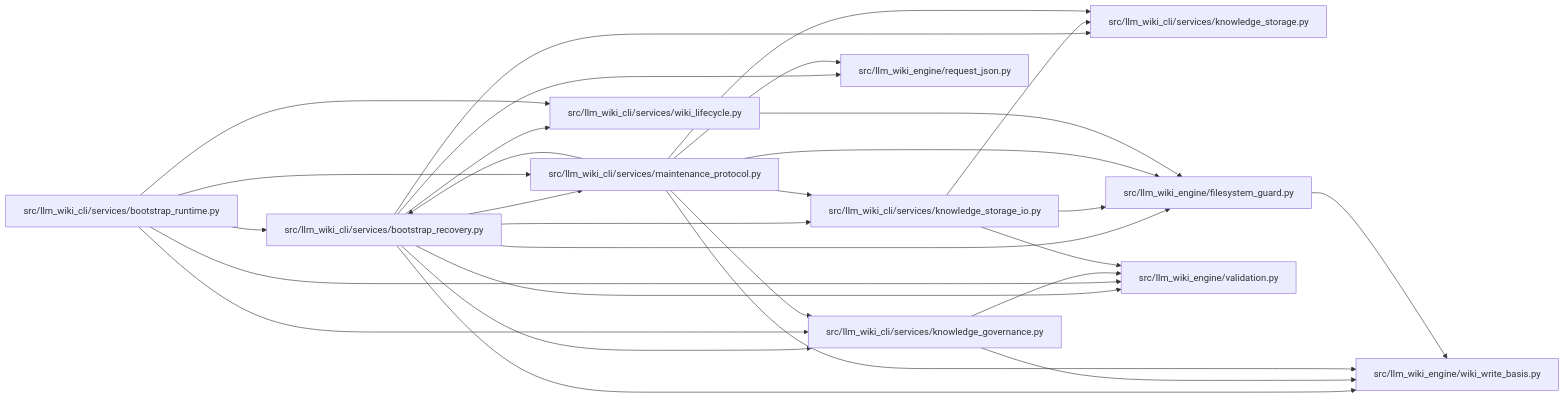
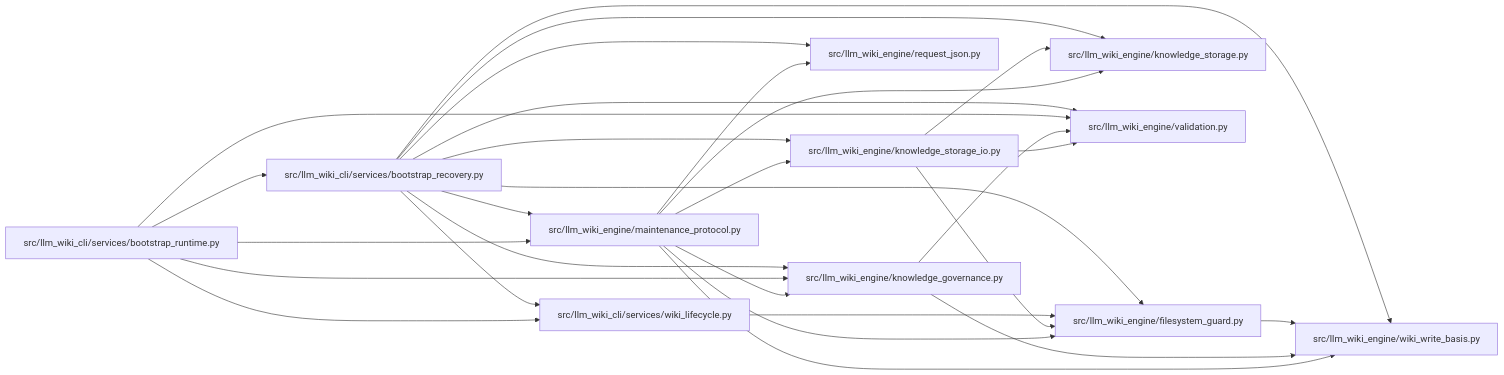
Before and after one commit to Denissvgn/python-wiki-llm: the diagram in docs/llm_wiki/modules/bootstrap_recovery.md, drawn with Mermaid. The commit also changed other lines of this file and 1058 other files, not shown here.

First line of the commit message:
docs: refresh the wiki for the knowledge store move

````diff
--- a/docs/llm_wiki/modules/bootstrap_recovery.md
+++ b/docs/llm_wiki/modules/bootstrap_recovery.md
@@ -33,53 +33,52 @@
 ```mermaid
 flowchart LR
     n0["src/llm_wiki_cli/services/bootstrap_recovery.py"]
     n1["src/llm_wiki_cli/services/bootstrap_runtime.py"]
-    n2["src/llm_wiki_cli/services/knowledge_governance.py"]
-    n3["src/llm_wiki_cli/services/knowledge_storage.py"]
-    n4["src/llm_wiki_cli/services/knowledge_storage_io.py"]
-    n5["src/llm_wiki_cli/services/maintenance_protocol.py"]
-    n6["src/llm_wiki_cli/services/wiki_lifecycle.py"]
-    n7["src/llm_wiki_engine/filesystem_guard.py"]
+    n2["src/llm_wiki_cli/services/wiki_lifecycle.py"]
+    n3["src/llm_wiki_engine/filesystem_guard.py"]
+    n4["src/llm_wiki_engine/knowledge_governance.py"]
+    n5["src/llm_wiki_engine/knowledge_storage.py"]
+    n6["src/llm_wiki_engine/knowledge_storage_io.py"]
+    n7["src/llm_wiki_engine/maintenance_protocol.py"]
     n8["src/llm_wiki_engine/request_json.py"]
     n9["src/llm_wiki_engine/validation.py"]
     n10["src/llm_wiki_engine/wiki_write_basis.py"]
     n0 --> n2
     n0 --> n3
     n0 --> n4
     n0 --> n5
     n0 --> n6
     n0 --> n7
     n0 --> n8
     n0 --> n9
     n0 --> n10
     n1 --> n0
     n1 --> n2
-    n1 --> n5
-    n1 --> n6
+    n1 --> n4
+    n1 --> n7
     n1 --> n9
-    n2 --> n9
-    n2 --> n10
-    n4 --> n3
-    n4 --> n7
+    n2 --> n3
+    n3 --> n10
     n4 --> n9
-    n5 --> n0
-    n5 --> n2
-    n5 --> n3
-    n5 --> n4
-    n5 --> n7
-    n5 --> n8
-    n5 --> n10
-    n6 --> n7
+    n4 --> n10
+    n6 --> n3
+    n6 --> n5
+    n6 --> n9
+    n7 --> n3
+    n7 --> n4
+    n7 --> n5
+    n7 --> n6
+    n7 --> n8
     n7 --> n10
     click n0 "../modules/bootstrap_recovery.md"
     click n1 "../modules/bootstrap_runtime.md"
-    click n2 "../modules/knowledge_governance.md"
-    click n3 "../modules/knowledge_storage.md"
-    click n4 "../modules/knowledge_storage_io.md"
-    click n5 "../modules/maintenance_protocol.md"
-    click n6 "../modules/wiki_lifecycle.md"
-    click n7 "../modules/filesystem_guard.md"
+    click n2 "../modules/wiki_lifecycle.md"
+    click n3 "../modules/filesystem_guard.md"
+    click n4 "../modules/knowledge_governance.md"
+    click n5 "../modules/knowledge_storage.md"
+    click n6 "../modules/knowledge_storage_io.md"
+    click n7 "../modules/maintenance_protocol.md"
     click n8 "../modules/request_json.md"
     click n9 "../modules/validation.md"
     click n10 "../modules/wiki_write_basis.md"
 ```
````
